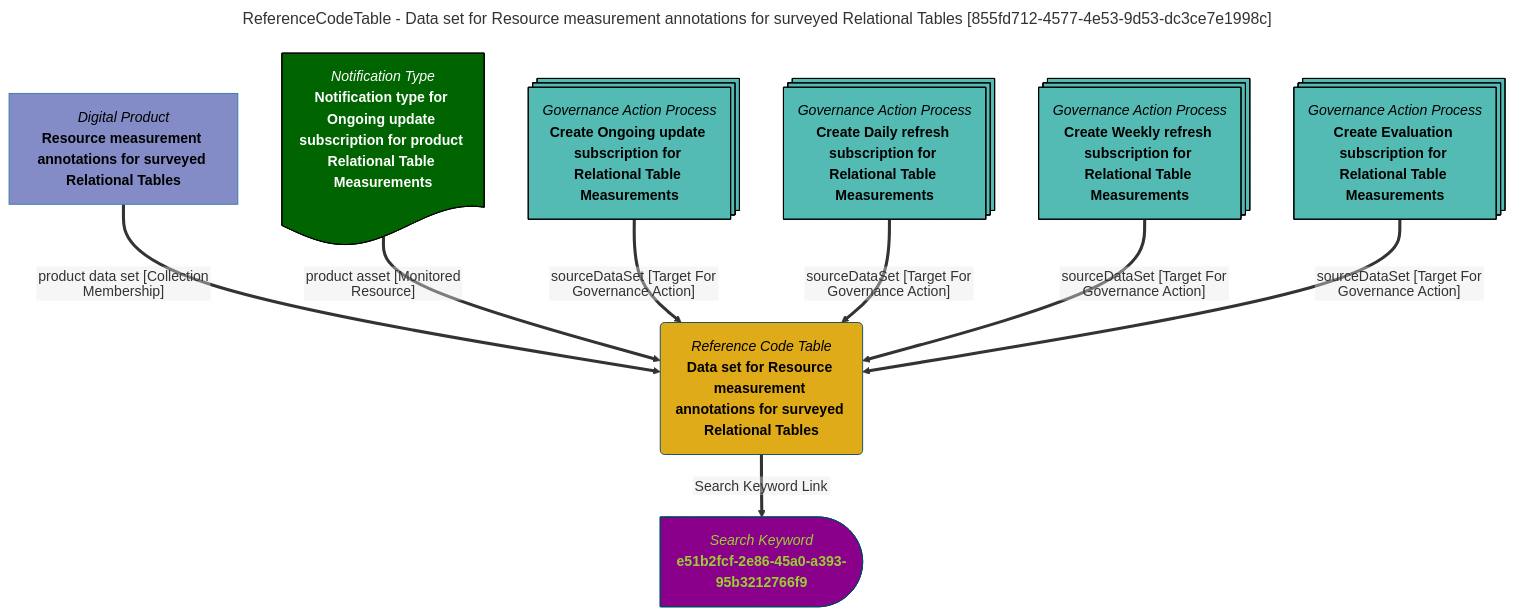
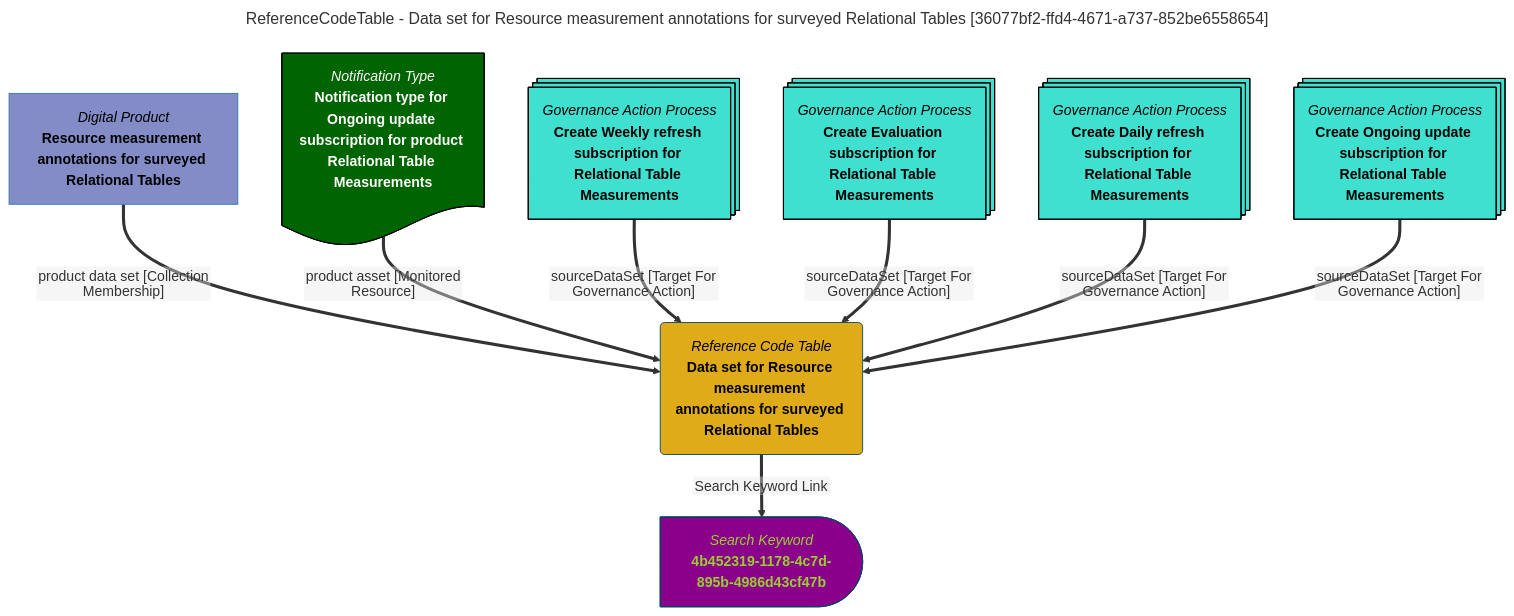
One commit to odpi/egeria-docs changed the diagram in site/snippets/data-assets/data-set-for-resource-measurement-annotations-for-surveyed-relational-tables-mermaid-graph.md. Above: the diagram before and after it, drawn with Mermaid. The commit also changed 2201 other files, not shown here.

````diff
--- a/site/snippets/data-assets/data-set-for-resource-measurement-annotations-for-surveyed-relational-tables-mermaid-graph.md
+++ b/site/snippets/data-assets/data-set-for-resource-measurement-annotations-for-surveyed-relational-tables-mermaid-graph.md
@@ -1,39 +1,39 @@
 ```mermaid
 ---
-title: ReferenceCodeTable - Data set for Resource measurement annotations for surveyed Relational Tables [855fd712-4577-4e53-9d53-dc3ce7e1998c]
+title: ReferenceCodeTable - Data set for Resource measurement annotations for surveyed Relational Tables [36077bf2-ffd4-4671-a737-852be6558654]
 ---
 flowchart TD
 %%{init: {"flowchart": {"htmlLabels": false}} }%%
 
 1@{ shape: rounded, label: "*Reference Code Table*
 **Data set for Resource measurement annotations for surveyed Relational Tables**"}
 2@{ shape: delay, label: "*Search Keyword*
-**e51b2fcf-2e86-45a0-a393-95b3212766f9**"}
+**4b452319-1178-4c7d-895b-4986d43cf47b**"}
 1==>|"Search Keyword Link"|2
 3@{ shape: rect, label: "*Digital Product*
 **Resource measurement annotations for surveyed Relational Tables**"}
 3==>|"product data set [Collection Membership]"|1
 4@{ shape: doc, label: "*Notification Type*
 **Notification type for Ongoing update subscription for product Relational Table Measurements**"}
 4==>|"product asset [Monitored Resource]"|1
 5@{ shape: processes, label: "*Governance Action Process*
-**Create Ongoing update subscription for Relational Table Measurements**"}
+**Create Weekly refresh subscription for Relational Table Measurements**"}
 5==>|"sourceDataSet [Target For Governance Action]"|1
 6@{ shape: processes, label: "*Governance Action Process*
-**Create Daily refresh subscription for Relational Table Measurements**"}
+**Create Evaluation subscription for Relational Table Measurements**"}
 6==>|"sourceDataSet [Target For Governance Action]"|1
 7@{ shape: processes, label: "*Governance Action Process*
-**Create Weekly refresh subscription for Relational Table Measurements**"}
+**Create Daily refresh subscription for Relational Table Measurements**"}
 7==>|"sourceDataSet [Target For Governance Action]"|1
 8@{ shape: processes, label: "*Governance Action Process*
-**Create Evaluation subscription for Relational Table Measurements**"}
+**Create Ongoing update subscription for Relational Table Measurements**"}
 8==>|"sourceDataSet [Target For Governance Action]"|1
 style 1 color:#000000, fill:#e0ab18, stroke:#004563
-style 2 color:#9acd32, fill:#8b008b, stroke:#004563
+style 2 color:#9ACD32, fill:#8B008B, stroke:#004563
 style 3 color:#000000, fill:#838cc7, stroke:#3079ab
 style 4 color:#FFFFFF, fill:#006400, stroke:#000000
-style 5 color:#000000, fill:#53bbb4, stroke:#000000
-style 6 color:#000000, fill:#53bbb4, stroke:#000000
-style 7 color:#000000, fill:#53bbb4, stroke:#000000
-style 8 color:#000000, fill:#53bbb4, stroke:#000000
+style 5 color:#000000, fill:#40E0D0, stroke:#000000
+style 6 color:#000000, fill:#40E0D0, stroke:#000000
+style 7 color:#000000, fill:#40E0D0, stroke:#000000
+style 8 color:#000000, fill:#40E0D0, stroke:#000000
 ```
````
